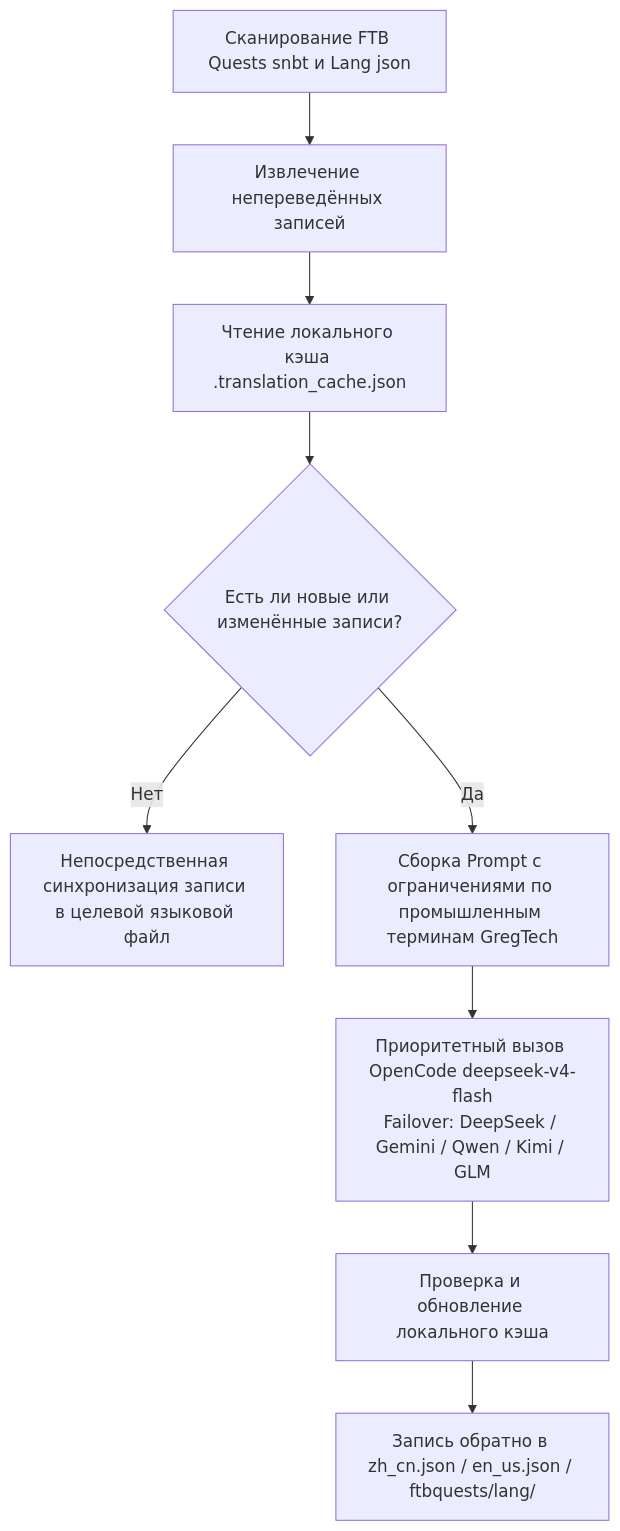
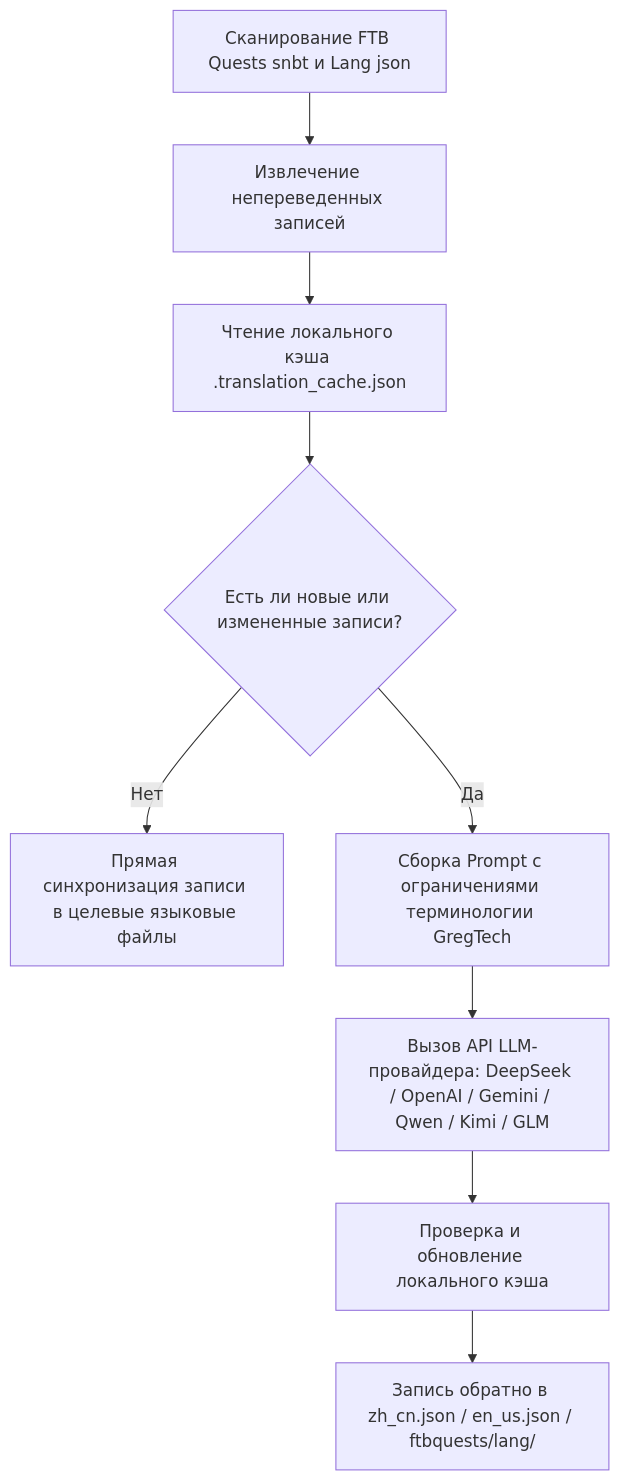
One commit to takanashisatou/GregtechEasy-Docs changed the diagram in docs/ru/ci-cd-and-translation/ai-translation.md. Above: the diagram before and after it, drawn with Mermaid. The commit also changed other lines of this file and 8 other files, not shown here.

````diff
--- a/docs/ru/ci-cd-and-translation/ai-translation.md
+++ b/docs/ru/ci-cd-and-translation/ai-translation.md
@@ -27,11 +13,11 @@
 ```mermaid
 graph TD
-    A[Сканирование FTB Quests snbt и Lang json] --> B[Извлечение непереведённых записей]
+    A[Сканирование FTB Quests snbt и Lang json] --> B[Извлечение непереведенных записей]
     B --> C[Чтение локального кэша .translation_cache.json]
-    C --> D{Есть ли новые или изменённые записи?}
-    D -- Нет --> E[Непосредственная синхронизация записи в целевой языковой файл]
-    D -- Да --> F[Сборка Prompt с ограничениями по промышленным терминам GregTech]
-    F --> G["Приоритетный вызов OpenCode deepseek-v4-flash<br/>Failover: DeepSeek / Gemini / Qwen / Kimi / GLM"]
+    C --> D{Есть ли новые или измененные записи?}
+    D -- Нет --> E[Прямая синхронизация записи в целевые языковые файлы]
+    D -- Да --> F[Сборка Prompt с ограничениями терминологии GregTech]
+    F --> G[Вызов API LLM-провайдера: DeepSeek / OpenAI / Gemini / Qwen / Kimi / GLM]
     G --> H[Проверка и обновление локального кэша]
     H --> I[Запись обратно в zh_cn.json / en_us.json / ftbquests/lang/]
 ```
````
